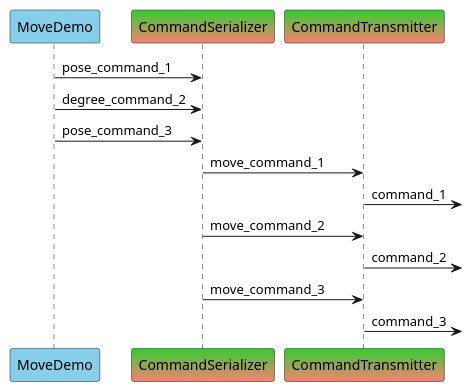
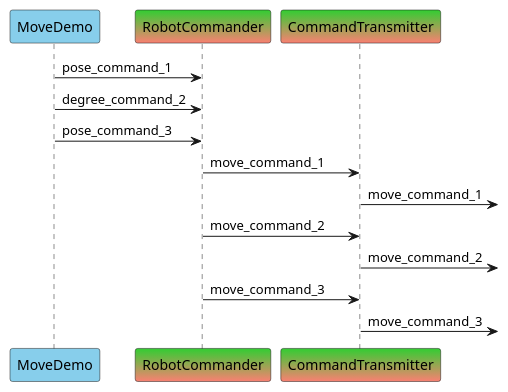
One commit to bscp/al5d_cpp changed the diagram in doc/component_sequence_mutiple_commands.puml. Above: the diagram before and after it, drawn with PlantUML. The commit also changed 3 other files, not shown here.

Commit message:
Update UML diagrams

```diff
--- a/doc/component_sequence_mutiple_commands.puml
+++ b/doc/component_sequence_mutiple_commands.puml
@@ -1,19 +1,19 @@
 @startuml
 
 'No activation/deactivation boxes because components are concurent and are continuously running. Also when no call is made.
 
 participant MoveDemo #SkyBlue
-participant CommandSerializer #LimeGreen-Salmon
+participant RobotCommander #LimeGreen-Salmon
 participant CommandTransmitter #LimeGreen-Salmon
 
-MoveDemo -> CommandSerializer:pose_command_1
-MoveDemo -> CommandSerializer:degree_command_2
-MoveDemo -> CommandSerializer:pose_command_3
-CommandSerializer -> CommandTransmitter:move_command_1
-CommandTransmitter ->] :command_1
-CommandSerializer -> CommandTransmitter:move_command_2
-CommandTransmitter ->] :command_2
-CommandSerializer -> CommandTransmitter:move_command_3
-CommandTransmitter ->] :command_3
+MoveDemo -> RobotCommander:pose_command_1
+MoveDemo -> RobotCommander:degree_command_2
+MoveDemo -> RobotCommander:pose_command_3
+RobotCommander -> CommandTransmitter:move_command_1
+CommandTransmitter ->] :move_command_1
+RobotCommander -> CommandTransmitter:move_command_2
+CommandTransmitter ->] :move_command_2
+RobotCommander -> CommandTransmitter:move_command_3
+CommandTransmitter ->] :move_command_3
 
 @enduml
```
